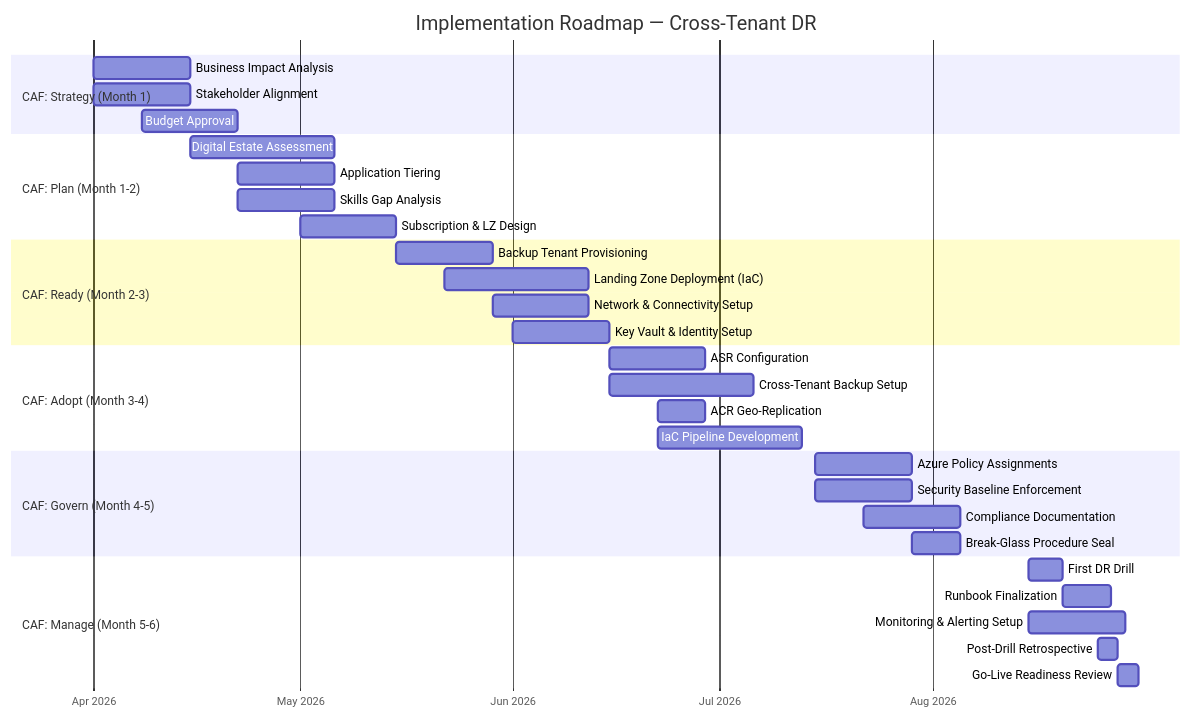
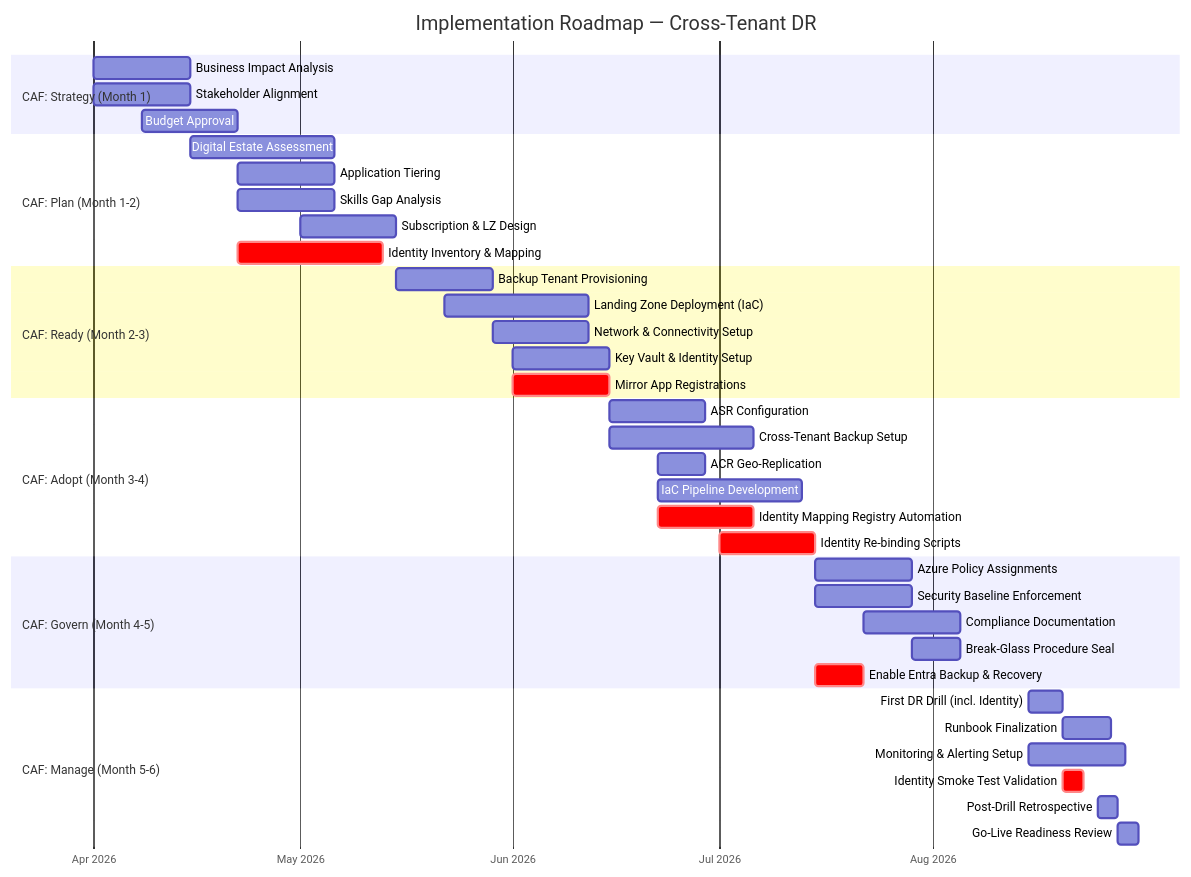
Diagram 17 of 17 in Azure_Entra_Level_Resiliency_architecture.md (shaleen-wonder-ent/user-guides), drawn with Mermaid before and after one commit. The commit also changed other lines of this file, not shown here.

````diff
--- a/Azure_Entra_Level_Resiliency_architecture.md
+++ b/Azure_Entra_Level_Resiliency_architecture.md
@@ -1064,42 +1517,48 @@
 ```mermaid
 gantt
     title Implementation Roadmap — Cross-Tenant DR
     dateFormat YYYY-MM-DD
     axisFormat %b %Y
 
     section CAF: Strategy (Month 1)
     Business Impact Analysis          :s1, 2026-04-01, 14d
     Stakeholder Alignment             :s2, 2026-04-01, 14d
     Budget Approval                   :s3, 2026-04-08, 14d
 
     section CAF: Plan (Month 1-2)
     Digital Estate Assessment         :p1, 2026-04-15, 21d
     Application Tiering               :p2, 2026-04-22, 14d
     Skills Gap Analysis               :p3, 2026-04-22, 14d
     Subscription & LZ Design          :p4, 2026-05-01, 14d
+    Identity Inventory & Mapping      :crit, p5, 2026-04-22, 21d
 
     section CAF: Ready (Month 2-3)
     Backup Tenant Provisioning        :r1, 2026-05-15, 14d
     Landing Zone Deployment (IaC)     :r2, 2026-05-22, 21d
     Network & Connectivity Setup      :r3, 2026-05-29, 14d
     Key Vault & Identity Setup        :r4, 2026-06-01, 14d
+    Mirror App Registrations          :crit, r5, 2026-06-01, 14d
 
     section CAF: Adopt (Month 3-4)
     ASR Configuration                 :a1, 2026-06-15, 14d
     Cross-Tenant Backup Setup         :a2, 2026-06-15, 21d
     ACR Geo-Replication               :a3, 2026-06-22, 7d
     IaC Pipeline Development          :a4, 2026-06-22, 21d
+    Identity Mapping Registry Automation :crit, a5, 2026-06-22, 14d
+    Identity Re-binding Scripts       :crit, a6, 2026-07-01, 14d
 
     section CAF: Govern (Month 4-5)
     Azure Policy Assignments          :g1, 2026-07-15, 14d
     Security Baseline Enforcement     :g2, 2026-07-15, 14d
     Compliance Documentation          :g3, 2026-07-22, 14d
     Break-Glass Procedure Seal        :g4, 2026-07-29, 7d
+    Enable Entra Backup & Recovery    :crit, g5, 2026-07-15, 7d
 
     section CAF: Manage (Month 5-6)
-    First DR Drill                    :m1, 2026-08-15, 5d
+    First DR Drill (incl. Identity)   :m1, 2026-08-15, 5d
     Runbook Finalization              :m2, 2026-08-20, 7d
     Monitoring & Alerting Setup       :m3, 2026-08-15, 14d
-    Post-Drill Retrospective          :m4, 2026-08-25, 3d
-    Go-Live Readiness Review          :m5, 2026-08-28, 3d
+    Identity Smoke Test Validation    :crit, m4, 2026-08-20, 3d
+    Post-Drill Retrospective          :m5, 2026-08-25, 3d
+    Go-Live Readiness Review          :m6, 2026-08-28, 3d
 ```
````
